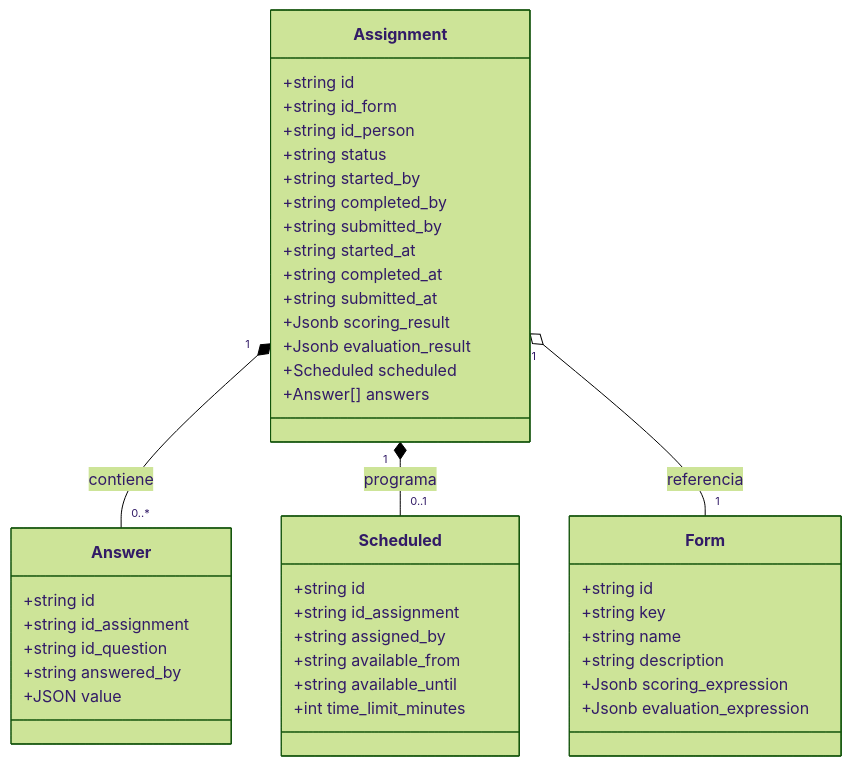
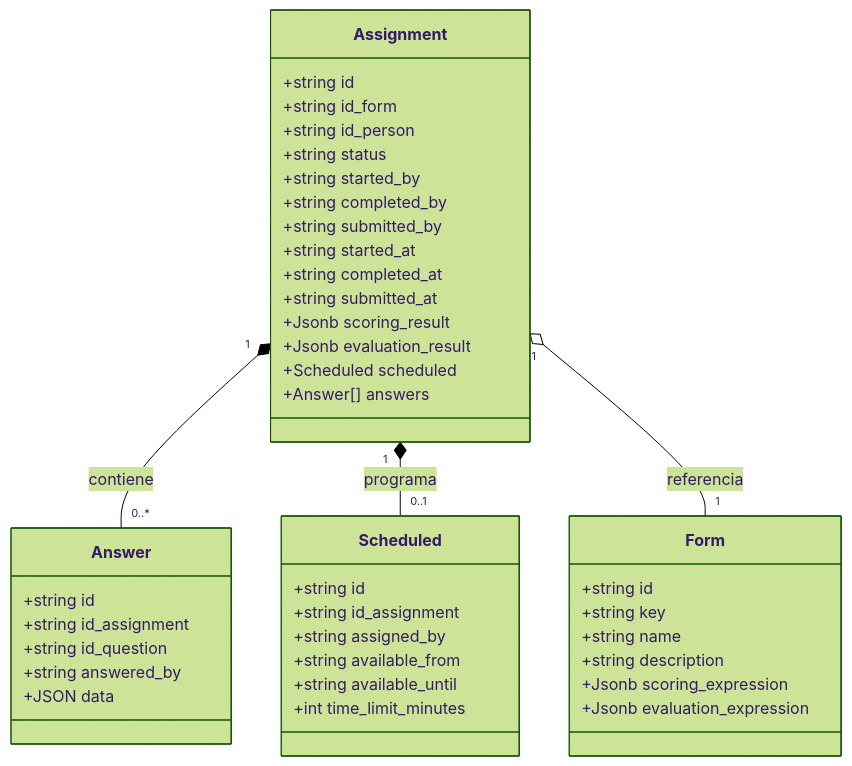
Before and after one commit to m4ck-y/dh_docs: the diagram in features/questionnaires/responses/CLASS.mmd, drawn with Mermaid (forest theme). The commit also changed 37 other files, not shown here.

First line of the commit message:
docs(questionnaires): rename type fields in AST and answer column

```diff
--- a/features/questionnaires/responses/CLASS.mmd
+++ b/features/questionnaires/responses/CLASS.mmd
@@ -1,57 +1,57 @@
 classDiagram
     %% ===============================================================
     %% Vista de documentos (MongoDB) del modelo de ejecución V2.
     %% Cada 'assignment' es un evento/documento raíz; sus 'answers' van
     %% embebidas. 'Form' se referencia (es compartido e inmutable).
     %% ===============================================================
 
     class Assignment {
         +string id
         +string id_form
         +string id_person
         +string status
         +string started_by
         +string completed_by
         +string submitted_by
         +string started_at
         +string completed_at
         +string submitted_at
         +Jsonb scoring_result
         +Jsonb evaluation_result
         +Scheduled scheduled
         +Answer[] answers
     }
 
     class Scheduled {
         +string id
         +string id_assignment
         +string assigned_by
         +string available_from
         +string available_until
         +int time_limit_minutes
     }
 
     class Answer {
         +string id
         +string id_assignment
         +string id_question
         +string answered_by
-        %% {value, data_type}, mismos campos que un const del AST
-        +JSON value
+        %% {value, type}, mismos campos que un const del AST
+        +JSON data
     }
 
     class Form {
         +string id
         +string key
         +string name
         +string description
         +Jsonb scoring_expression
         +Jsonb evaluation_expression
     }
 
     %% Assignment embebe sus answers (composición)
     Assignment "1" *-- "0..*" Answer : contiene
     %% Scheduled es un subdocumento opcional embebido (solo flujo programado)
     Assignment "1" *-- "0..1" Scheduled : programa
     %% Form se referencia (agregación), no se embebe
     Assignment "1" o-- "1" Form : referencia
```
